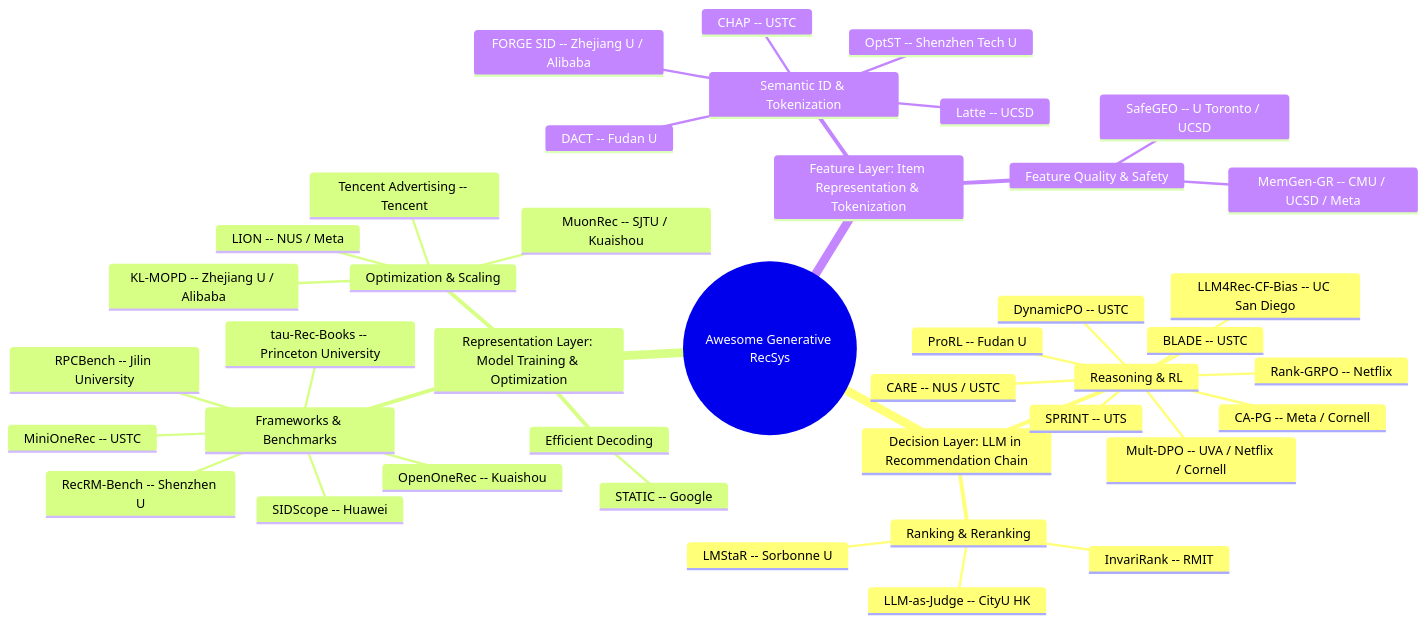
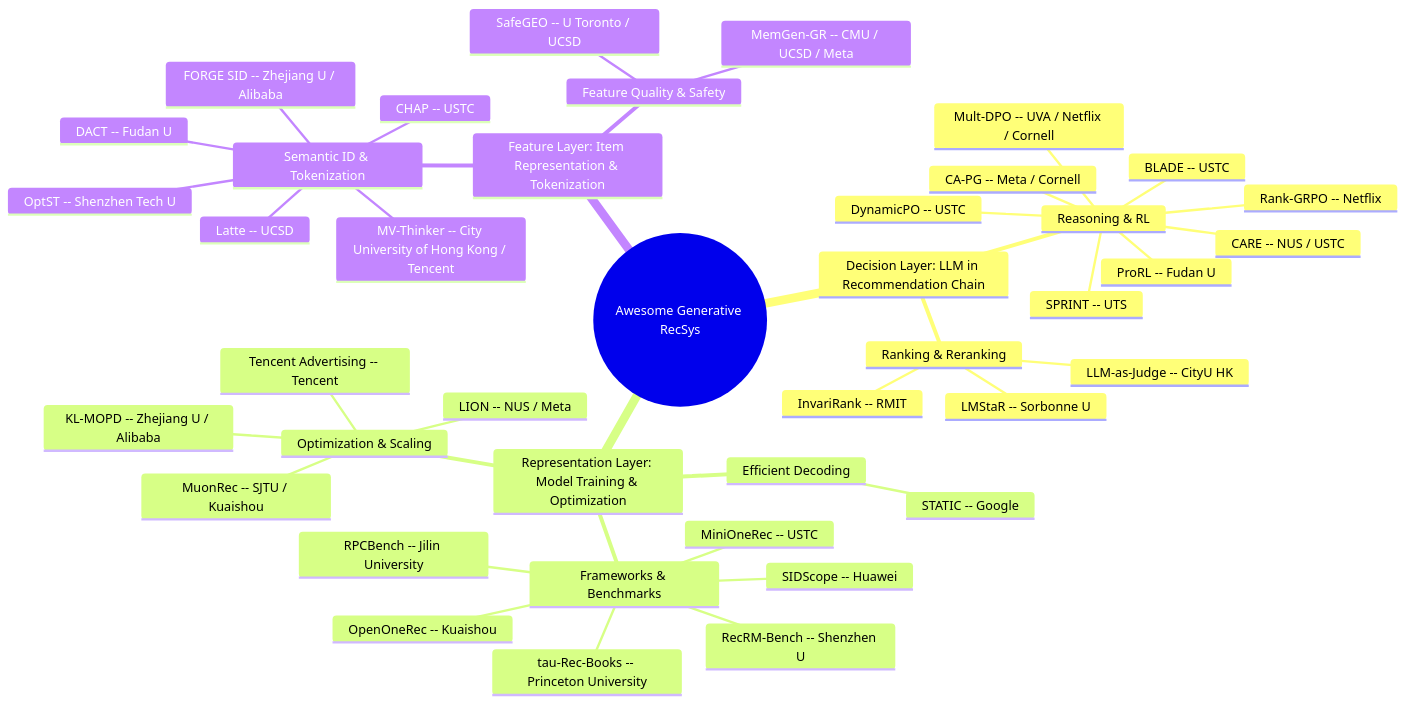
Before and after one commit to HaFred/awesome-generative-recsys: the diagram in README.md, drawn with Mermaid. The commit also changed other lines of this file and 3 other files, not shown here.

Commit message:
genrec: Nov 07 - 5 backlog gen-rec papers (1 opensource MV-Thinker) + archive Oct 27

````diff
--- a/README.md
+++ b/README.md
@@ -30,44 +30,44 @@
 ```mermaid
 mindmap
   root((Awesome Generative RecSys))
     Decision Layer: LLM in Recommendation Chain
       Reasoning & RL
         Rank-GRPO -- Netflix
         DynamicPO -- USTC
         BLADE -- USTC
         SPRINT -- UTS
         CARE -- NUS / USTC
         Mult-DPO -- UVA / Netflix / Cornell
         CA-PG -- Meta / Cornell
         ProRL -- Fudan U
-        LLM4Rec-CF-Bias -- UC San Diego
       Ranking & Reranking
         InvariRank -- RMIT
         LLM-as-Judge -- CityU HK
         LMStaR -- Sorbonne U
     Representation Layer: Model Training & Optimization
       Frameworks & Benchmarks
         MiniOneRec -- USTC
         OpenOneRec -- Kuaishou
         RecRM-Bench -- Shenzhen U
         SIDScope -- Huawei
         RPCBench -- Jilin University
         tau-Rec-Books -- Princeton University
       Efficient Decoding
         STATIC -- Google
       Optimization & Scaling
         MuonRec -- SJTU / Kuaishou
         Tencent Advertising -- Tencent
         LION -- NUS / Meta
         KL-MOPD -- Zhejiang U / Alibaba
     Feature Layer: Item Representation & Tokenization
       Semantic ID & Tokenization
         Latte -- UCSD
         FORGE SID -- Zhejiang U / Alibaba
         DACT -- Fudan U
         CHAP -- USTC
         OptST -- Shenzhen Tech U
+        MV-Thinker -- City University of Hong Kong / Tencent
       Feature Quality & Safety
         SafeGEO -- U Toronto / UCSD
         MemGen-GR -- CMU / UCSD / Meta
 ```
````
